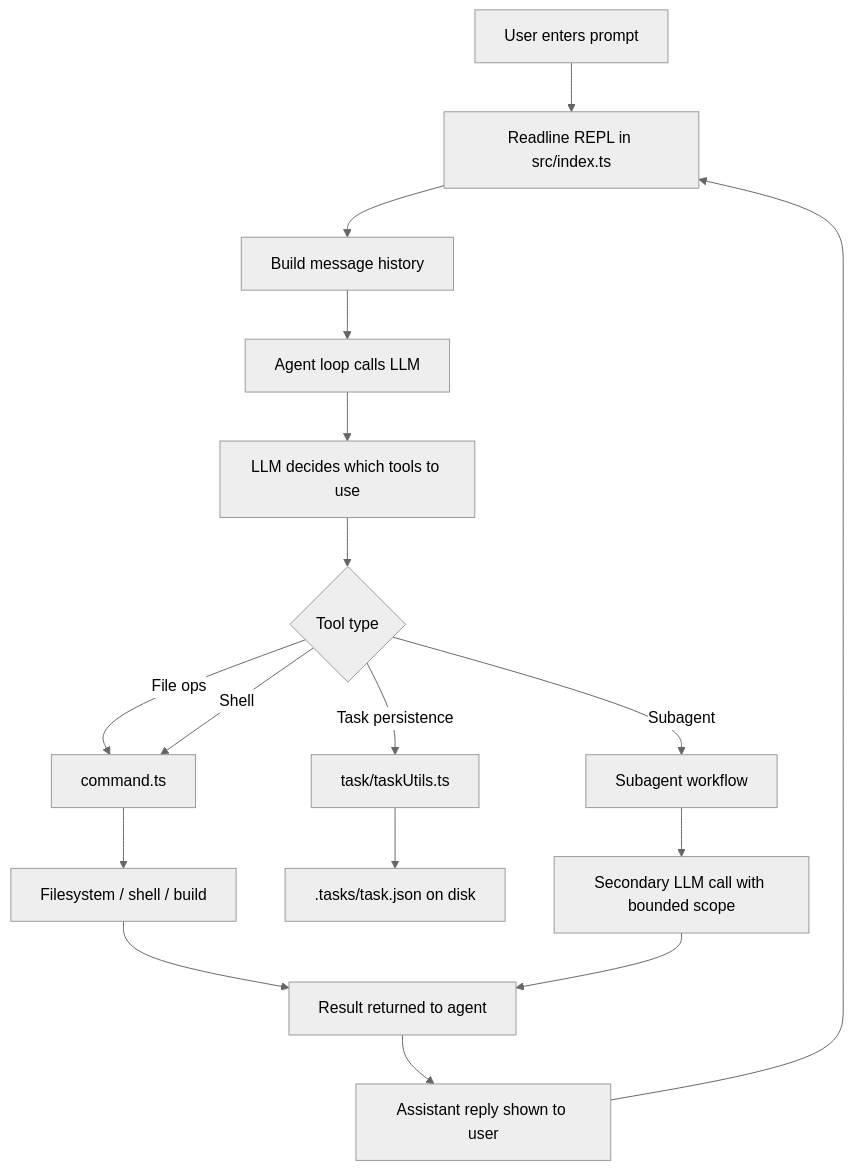
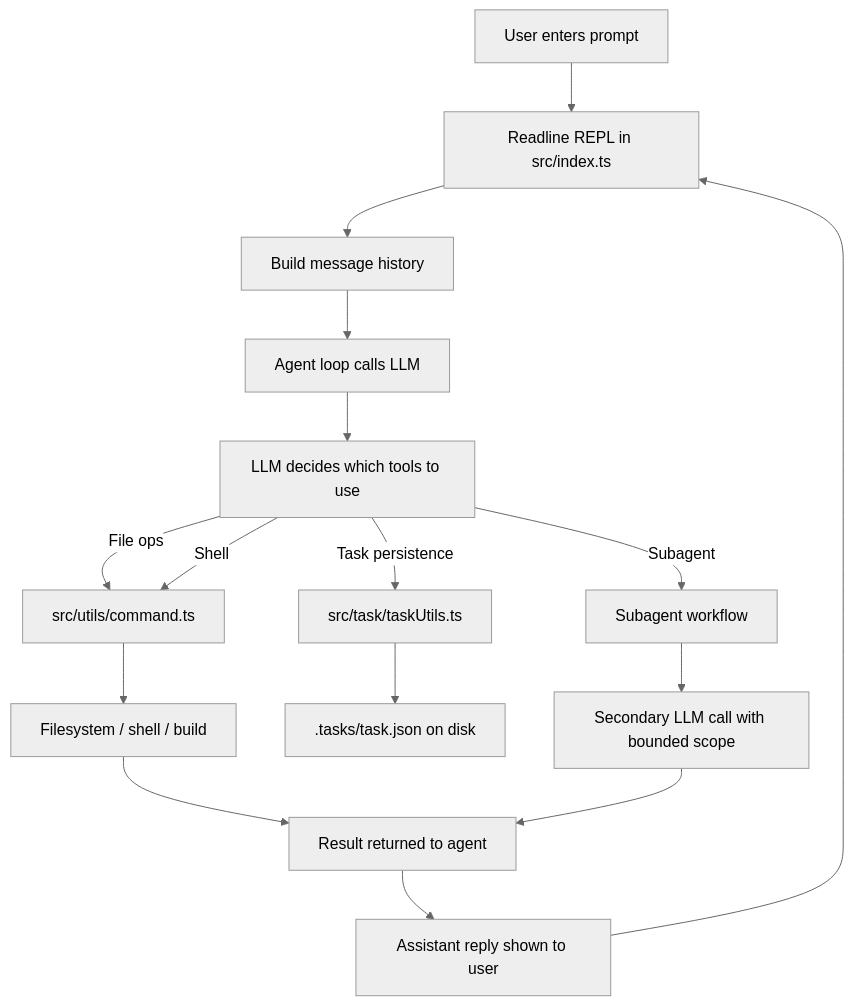
Before and after one commit to Rayyan-Alam71/CLI_based_agent: the diagram in README.md, drawn with Mermaid (neutral theme). The commit also changed other lines of this file and 9 other files, not shown here.

````diff
--- a/README.md
+++ b/README.md
@@ -13,20 +88,18 @@
 ```mermaid
-   flowchart TD
+flowchart TD
     A[User enters prompt] --> B[Readline REPL in src/index.ts]
     B --> C[Build message history]
     C --> D[Agent loop calls LLM]
     D --> E[LLM decides which tools to use]
-    E --> F{Tool type}
-    F -->|File ops| G[command.ts]
-    F -->|Shell| G
-    F -->|Task persistence| H[task/taskUtils.ts]
-    F -->|Subagent| I[Subagent workflow]
-    G --> J[Filesystem / shell / build]
-    H --> K[.tasks/task.json on disk]
-    I --> L[Secondary LLM call with bounded scope]
-    J --> M[Result returned to agent]
-    L --> M
-    M --> N[Assistant reply shown to user]
-    N --> B
-
+    E -->|File ops| F[src/utils/command.ts]
+    E -->|Shell| F
+    E -->|Task persistence| G[src/task/taskUtils.ts]
+    E -->|Subagent| H[Subagent workflow]
+    F --> I[Filesystem / shell / build]
+    G --> J[.tasks/task.json on disk]
+    H --> K[Secondary LLM call with bounded scope]
+    I --> L[Result returned to agent]
+    K --> L
+    L --> M[Assistant reply shown to user]
+    M --> B
 ```
````
